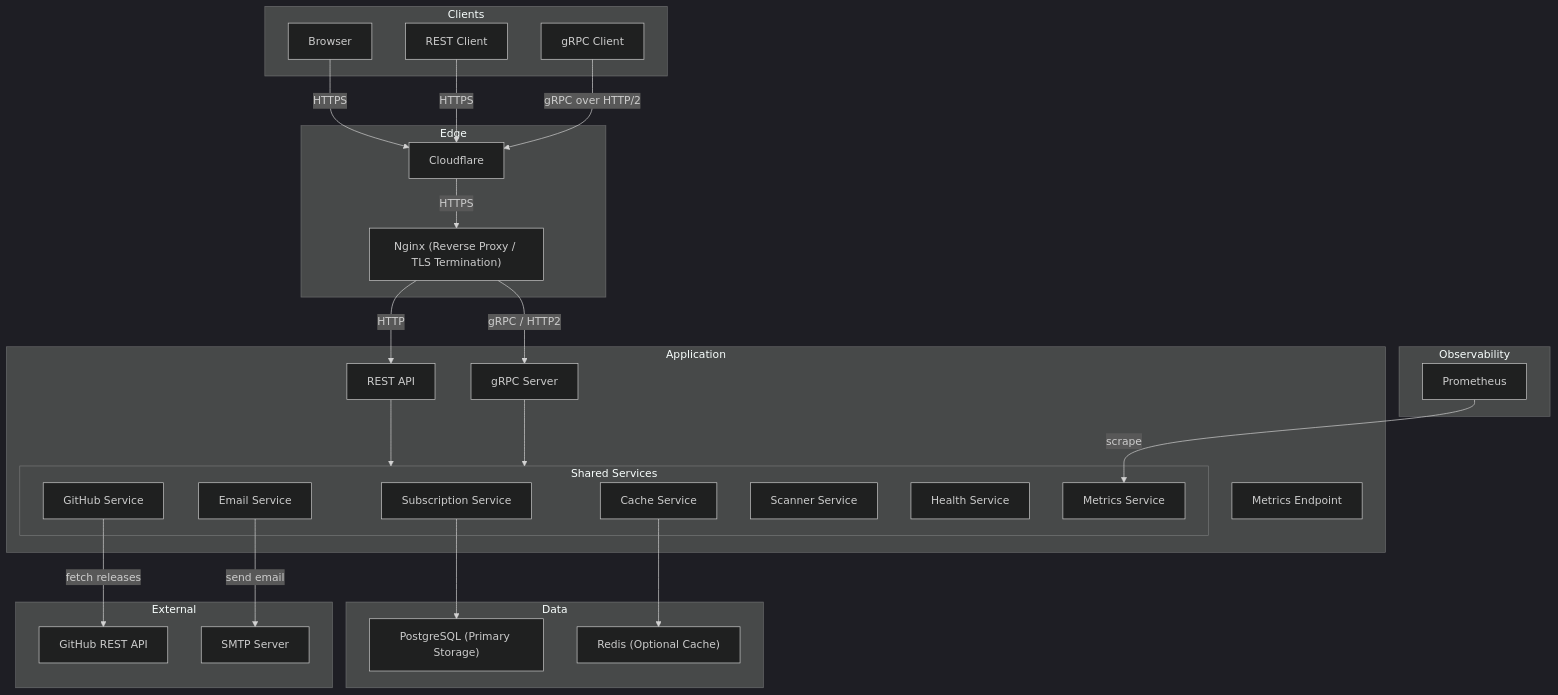
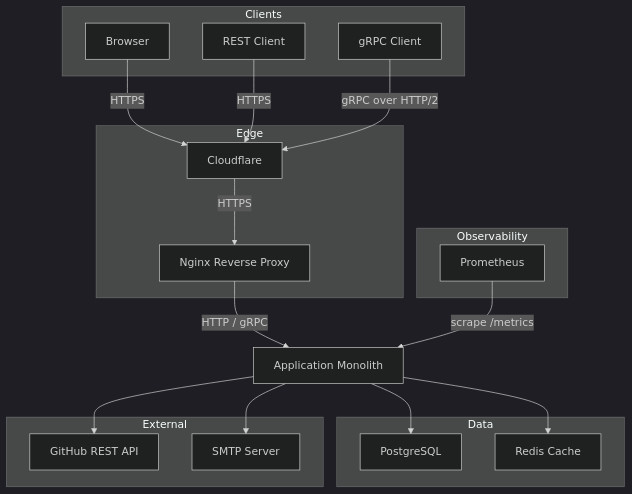
Before and after one commit to GenesisEducationKyiv/software-engineering-school-6-0-Volodymyr-Kysylenko: the first of 8 diagrams in docs/system-design-document.md, drawn with Mermaid (dark theme). The commit also changed other lines of this file and 7 other files, not shown here.

````diff
--- a/docs/system-design-document.md
+++ b/docs/system-design-document.md
@@ -208,62 +208,43 @@
 ```mermaid
 graph TD
     subgraph Clients
         Browser["Browser"]
         RESTClient["REST Client"]
         GRPCClient["gRPC Client"]
     end
 
     subgraph Edge
         CF["Cloudflare"]
-        Nginx["Nginx (Reverse Proxy / TLS Termination)"]
+        Nginx["Nginx Reverse Proxy"]
     end
 
-    subgraph Application["Application"]
-        Metrics["Metrics Endpoint"]
-        REST["REST API"]
-        GRPC["gRPC Server"]
-
-        subgraph SharedServices["Shared Services"]
-            SubscriptionService["Subscription Service"]
-            GitHubService["GitHub Service"]
-            EmailService["Email Service"]
-            CacheService["Cache Service"]
-            ScannerService["Scanner Service"]
-            HealthService["Health Service"]
-            MetricsService["Metrics Service"]
-        end
-    end
+    App["Application Monolith"]
 
     subgraph Data
-        PG["PostgreSQL (Primary Storage)"]
-        Redis["Redis (Optional Cache)"]
+        PG["PostgreSQL"]
+        Redis["Redis Cache"]
     end
 
     subgraph External
         GitHub["GitHub REST API"]
         SMTP["SMTP Server"]
     end
 
     subgraph Observability
         Prometheus["Prometheus"]
     end
 
     Browser -->|HTTPS| CF
     RESTClient -->|HTTPS| CF
     GRPCClient -->|gRPC over HTTP/2| CF
 
     CF -->|HTTPS| Nginx
-    Nginx -->|HTTP| REST
-    Nginx -->|gRPC / HTTP2| GRPC
+    Nginx -->|HTTP / gRPC| App
 
-    REST --> SharedServices
-    GRPC --> SharedServices
+    App --> PG
+    App --> Redis
+    App --> GitHub
+    App --> SMTP
 
-    SubscriptionService --> PG
-    CacheService --> Redis
-
-    GitHubService -->|fetch releases| GitHub
-    EmailService -->|send email| SMTP
-
-    Prometheus -->|scrape| MetricsService
+    Prometheus -->|scrape /metrics| App
 ```
````
